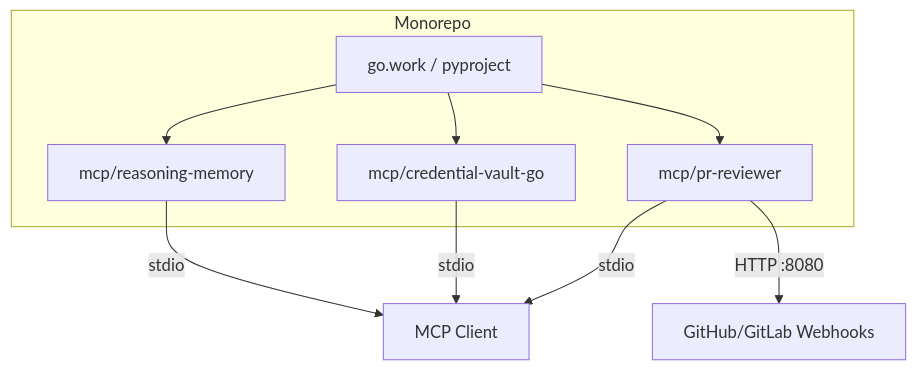
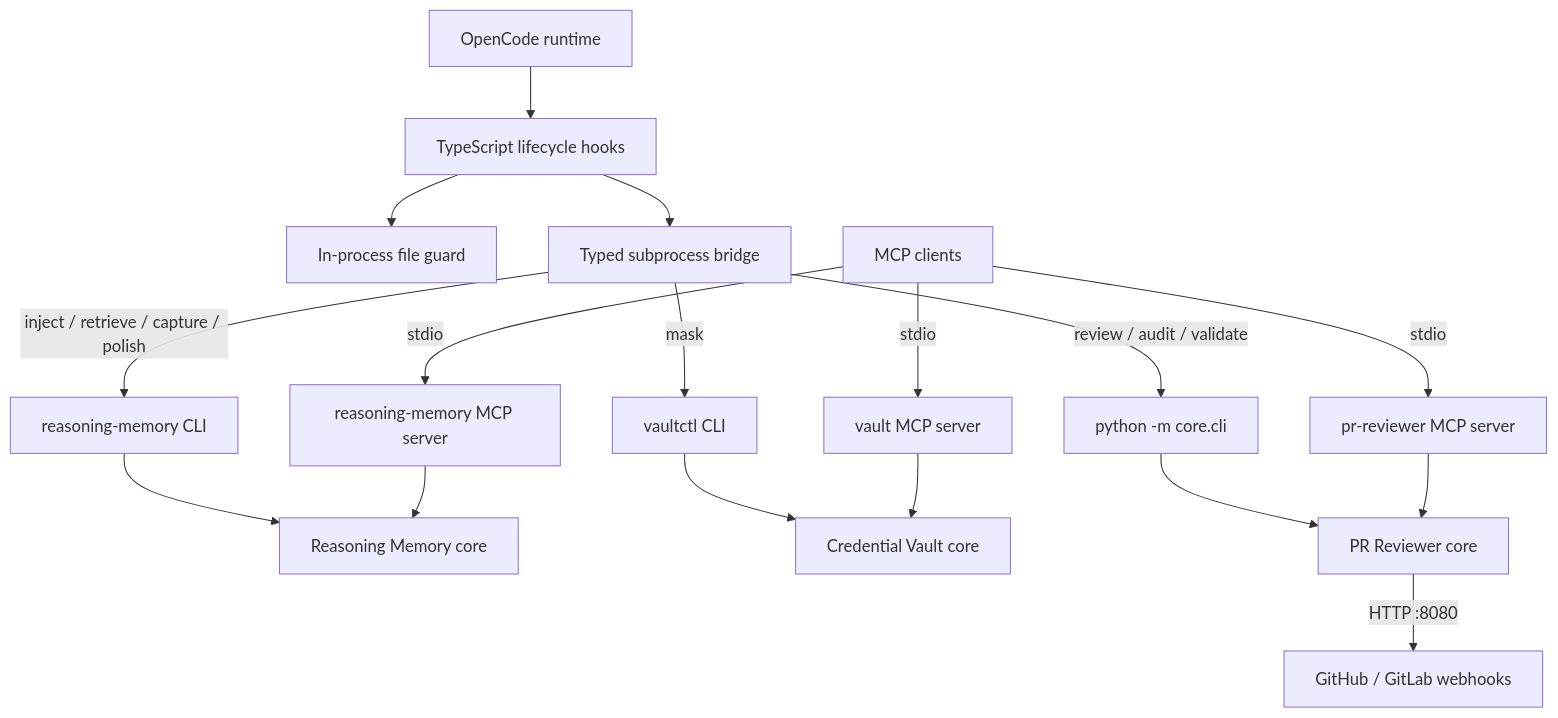
Before and after one commit to ronaldyuwandika/all-in-one-mcp: the diagram in README.md, drawn with Mermaid. The commit also changed other lines of this file and 51 other files, not shown here.

Commit message:
feat(plugins): revamp MCPs into hybrid plugins with OpenCode and Codex support (#199)

````diff
--- a/README.md
+++ b/README.md
@@ -47,12 +25,23 @@
 ```mermaid
-graph TB
-    subgraph "Monorepo"
-        MW[go.work / pyproject] --> RM[mcp/reasoning-memory]
-MW --> CV[mcp/credential-vault-go]
-        MW --> PR[mcp/pr-reviewer]
-    end
-    RM -->|stdio| MCP_C[MCP Client]
-    CV -->|stdio| MCP_C
-    PR -->|stdio| MCP_C
-    PR -->|HTTP :8080| WH[GitHub/GitLab Webhooks]
+flowchart TB
+    OC[OpenCode runtime] --> PH[TypeScript lifecycle hooks]
+    PH --> FG[In-process file guard]
+    PH --> BR[Typed subprocess bridge]
+
+    BR -->|inject / retrieve / capture / polish| RMCLI[reasoning-memory CLI]
+    BR -->|mask| VCLI[vaultctl CLI]
+    BR -->|review / audit / validate| PRCLI[python -m core.cli]
+
+    RMCLI --> RMCORE[Reasoning Memory core]
+    VCLI --> VCORE[Credential Vault core]
+    PRCLI --> PRCORE[PR Reviewer core]
+
+    MC[MCP clients] -->|stdio| RMS[reasoning-memory MCP server]
+    MC -->|stdio| VS[vault MCP server]
+    MC -->|stdio| PRS[pr-reviewer MCP server]
+
+    RMS --> RMCORE
+    VS --> VCORE
+    PRS --> PRCORE
+    PRCORE -->|HTTP :8080| WH[GitHub / GitLab webhooks]
 ```
````
